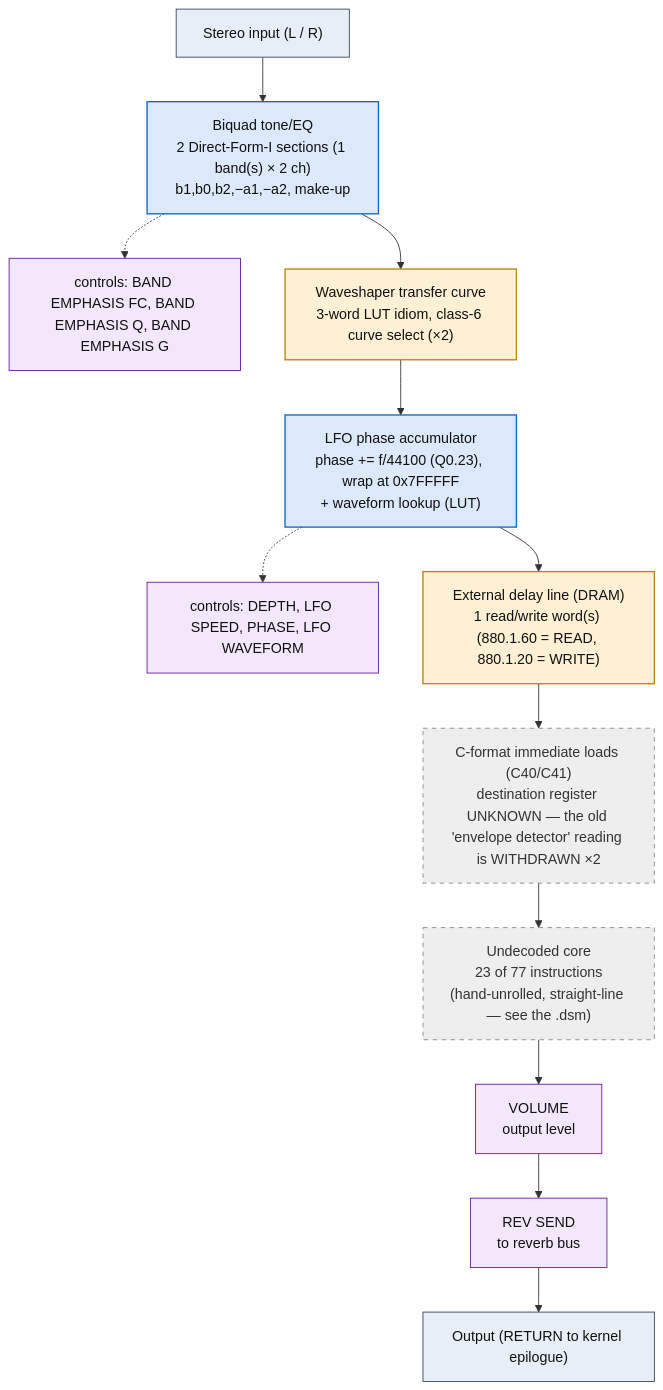
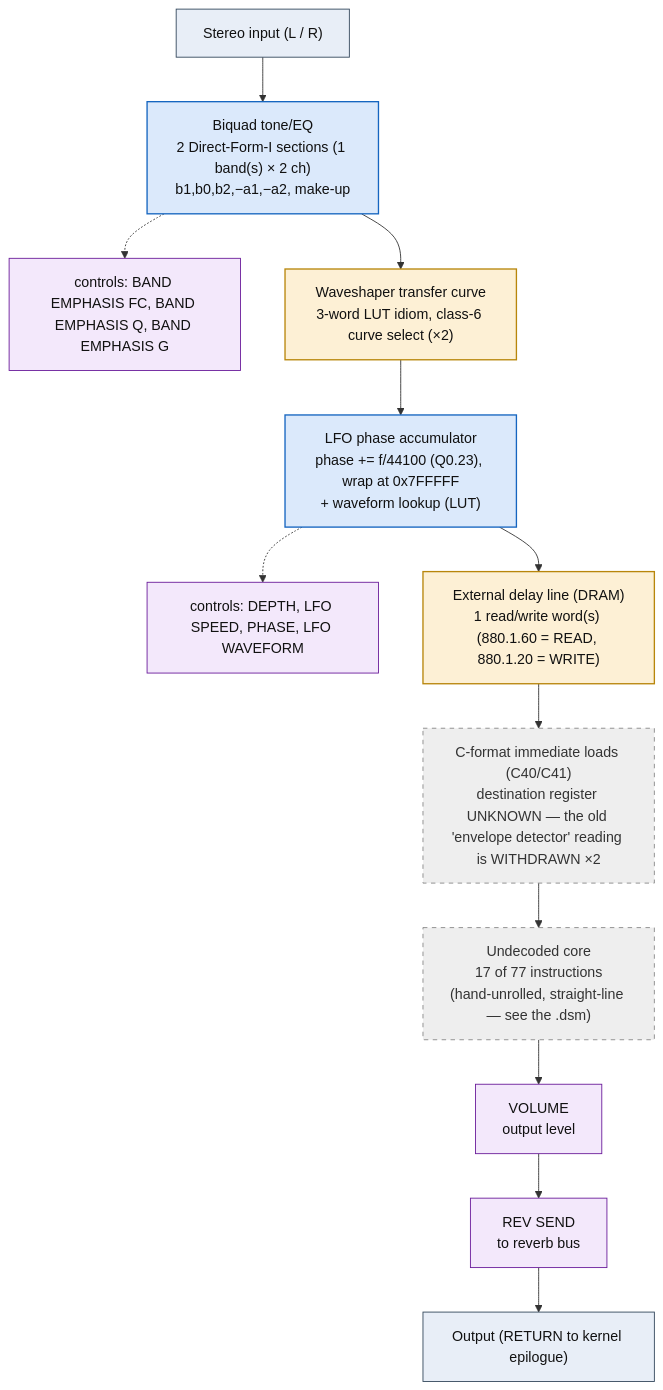
The diagram in dsp/flowcharts/prog74_peq_vibrato.md (ArqueologiaDigital/kn5000-roms-disasm), drawn with Mermaid before and after one commit. The commit also changed other lines of this file and 78 other files, not shown here.

````diff
--- a/dsp/flowcharts/prog74_peq_vibrato.md
+++ b/dsp/flowcharts/prog74_peq_vibrato.md
@@ -12,38 +12,38 @@
 ```mermaid
 flowchart TD
     N0["Stereo input (L / R)"]
     N1["Biquad tone/EQ<br/>2 Direct-Form-I sections (1 band(s) &times; 2 ch)<br/>b1,b0,b2,&minus;a1,&minus;a2, make-up"]
     N0 --> N1
     N2["controls: BAND EMPHASIS FC, BAND EMPHASIS Q, BAND EMPHASIS G"]
     N1 -.-> N2
     N3["Waveshaper transfer curve<br/>3-word LUT idiom, class-6 curve select (&times;2)"]
     N1 --> N3
     N4["LFO phase accumulator<br/>phase += f/44100 (Q0.23), wrap at 0x7FFFFF<br/>+ waveform lookup (LUT)"]
     N3 --> N4
     N5["controls: DEPTH, LFO SPEED, PHASE, LFO WAVEFORM"]
     N4 -.-> N5
     N6["External delay line (DRAM)<br/>1 read/write word(s) (880.1.60 = READ, 880.1.20 = WRITE)"]
     N4 --> N6
     N7["C-format immediate loads (C40/C41)<br/>destination register UNKNOWN &mdash; the old 'envelope detector' reading is WITHDRAWN &times;2"]
     N6 --> N7
-    N8["Undecoded core<br/>23 of 77 instructions<br/>(hand-unrolled, straight-line &mdash; see the .dsm)"]
+    N8["Undecoded core<br/>17 of 77 instructions<br/>(hand-unrolled, straight-line &mdash; see the .dsm)"]
     N7 --> N8
     N9["VOLUME<br/>output level"]
     N8 --> N9
     N10["REV SEND<br/>to reverb bus"]
     N9 --> N10
     N11["Output (RETURN to kernel epilogue)"]
     N10 --> N11
 
     classDef io fill:#e8eef7,stroke:#33475b,stroke-width:1px,color:#111;
     classDef proven fill:#d7f0d7,stroke:#2e7d32,stroke-width:2px,color:#111;
     classDef measured fill:#dbe9fb,stroke:#1565c0,stroke-width:1.5px,color:#111;
     classDef inferred fill:#fdf0d5,stroke:#b8860b,stroke-width:1.5px,color:#111;
     classDef open fill:#eeeeee,stroke:#888,stroke-width:1px,color:#333,stroke-dasharray:5 5;
     classDef ctrl fill:#f3e8fb,stroke:#6a1b9a,stroke-width:1px,color:#111;
     class N0,N11 io;
     class N1,N4 measured;
     class N2,N5,N9,N10 ctrl;
     class N3,N6 inferred;
     class N7,N8 open;
 ```
````
